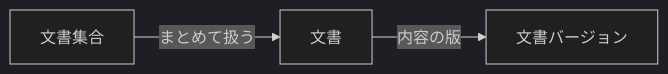
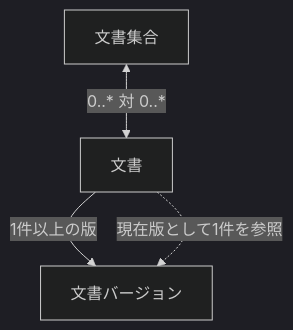
The diagram in project-docs/design/domains/documents/文書・版管理設計.md (takashit16833/RAGScope), drawn with Mermaid (dark theme) before and after one commit. The commit also changed other lines of this file and 5 other files, not shown here.

````diff
--- a/project-docs/design/domains/documents/文書・版管理設計.md
+++ b/project-docs/design/domains/documents/文書・版管理設計.md
@@ -11,5 +11,10 @@
 ```mermaid
-flowchart LR
-    Collection["文書集合"] -->|"まとめて扱う"| Document["文書"]
-    Document -->|"内容の版"| Version["文書バージョン"]
+flowchart TB
+    Collection["文書集合"]
+    Document["文書"]
+    Version["文書バージョン"]
+
+    Collection <-->|"0..* 対 0..*"| Document
+    Document -->|"1件以上の版"| Version
+    Document -.->|"現在版として1件を参照"| Version
 ```
````
